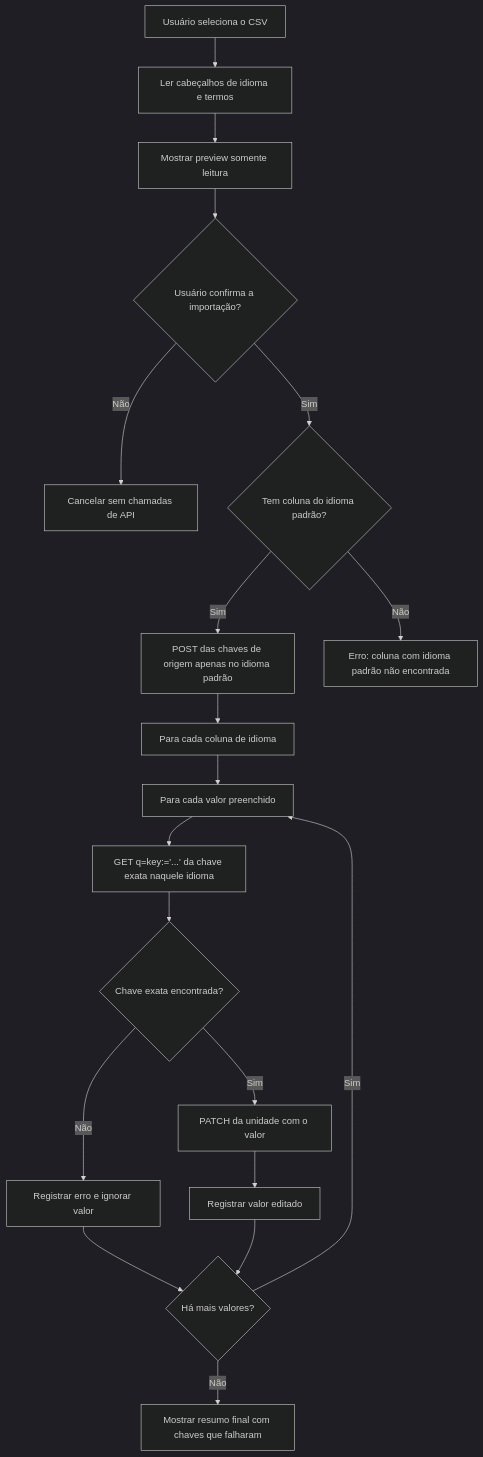
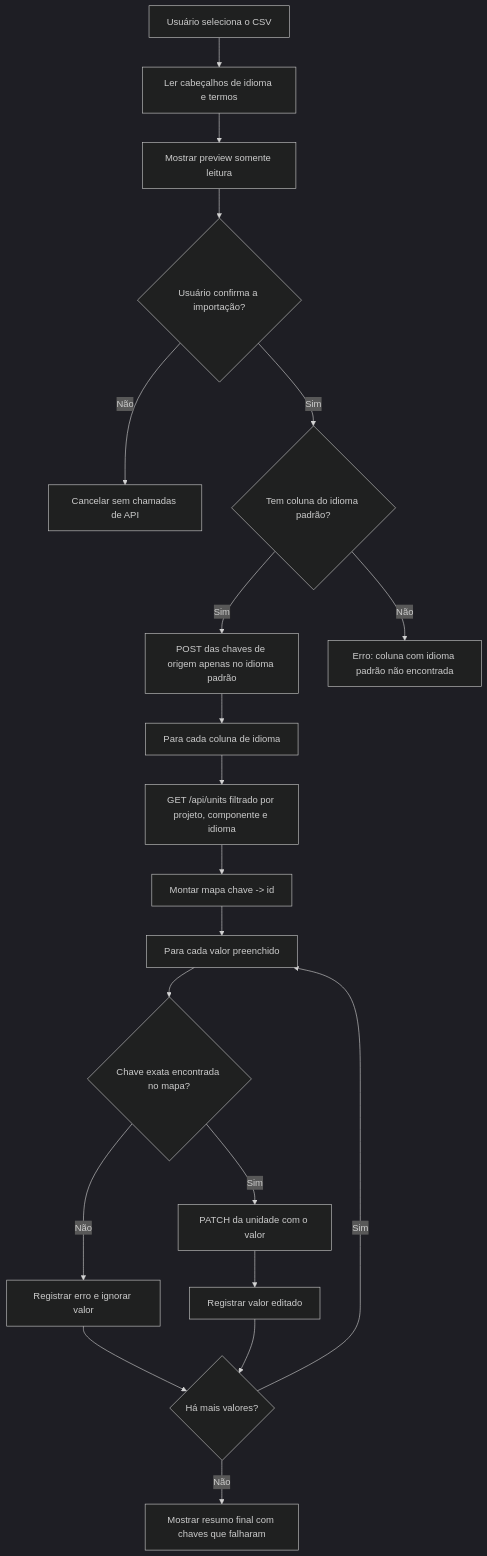
Before and after one commit to aevoti/fastlate: the diagram in README.md, drawn with Mermaid (dark theme). The commit also changed other lines of this file and 11 other files, not shown here.

````diff
--- a/README.md
+++ b/README.md
@@ -114,21 +114,22 @@
 ```mermaid
 flowchart TD
   A["Usuário seleciona o CSV"] --> B["Ler cabeçalhos de idioma e termos"]
   B --> C["Mostrar preview somente leitura"]
   C --> D{"Usuário confirma a importação?"}
   D -- "Não" --> E["Cancelar sem chamadas de API"]
   D -- "Sim" --> F{"Tem coluna do idioma padrão?"}
   F -- "Sim" --> G["POST das chaves de origem apenas no idioma padrão"]
   F -- "Não" --> H["Erro: coluna com idioma padrão não encontrada"]
   G --> I["Para cada coluna de idioma"]
-  I --> J["Para cada valor preenchido"]
-  J --> K["GET q=key:='...' da chave exata naquele idioma"]
-  K --> L{"Chave exata encontrada?"}
-  L -- "Não" --> M["Registrar erro e ignorar valor"]
-  L -- "Sim" --> N["PATCH da unidade com o valor"]
-  N --> O["Registrar valor editado"]
-  M --> P{"Há mais valores?"}
-  O --> P
-  P -- "Sim" --> J
-  P -- "Não" --> Q["Mostrar resumo final com chaves que falharam"]
+  I --> J["GET /api/units filtrado por projeto, componente e idioma"]
+  J --> K["Montar mapa chave -> id"]
+  K --> L["Para cada valor preenchido"]
+  L --> M{"Chave exata encontrada no mapa?"}
+  M -- "Não" --> N["Registrar erro e ignorar valor"]
+  M -- "Sim" --> O["PATCH da unidade com o valor"]
+  O --> P["Registrar valor editado"]
+  N --> Q{"Há mais valores?"}
+  P --> Q
+  Q -- "Sim" --> L
+  Q -- "Não" --> R["Mostrar resumo final com chaves que falharam"]
 ```
````
